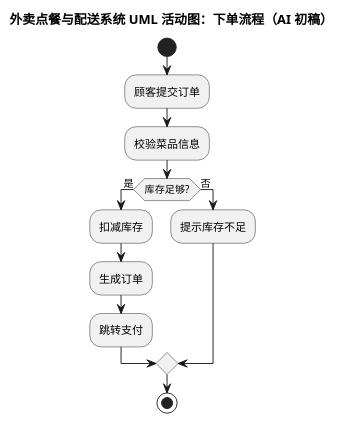
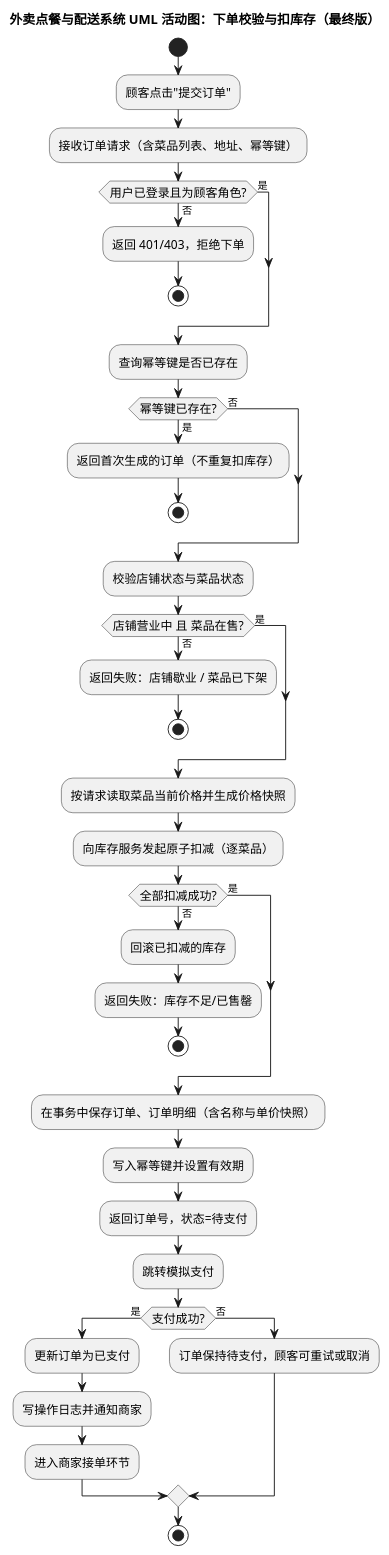
One commit to JZCTX/SEpa2026 changed the diagram in 实验2/UML/UML活动图.puml. Above: the diagram before and after it, drawn with PlantUML. The commit also changed 26 other files, not shown here.

Commit message:
lab2: 人工审查与修改（补全类图/状态机/异常时序，完成 8 个 UI 与 AI 使用记录）

```diff
--- a/实验2/UML/UML活动图.puml
+++ b/实验2/UML/UML活动图.puml
@@ -1,20 +1,59 @@
 @startuml
 skinparam defaultFontName "Microsoft YaHei"
 skinparam backgroundColor #FFFFFF
 skinparam shadowing false
+skinparam activityFontSize 13
+skinparam ArrowFontSize 11
 
-title 外卖点餐与配送系统 UML 活动图：下单流程（AI 初稿）
+title 外卖点餐与配送系统 UML 活动图：下单校验与扣库存（最终版）
 
 start
-:顾客提交订单;
-:校验菜品信息;
-if (库存足够?) then (是)
-  :扣减库存;
-  :生成订单;
-  :跳转支付;
+:顾客点击"提交订单";
+:接收订单请求（含菜品列表、地址、幂等键）;
+
+if (用户已登录且为顾客角色?) then (否)
+  :返回 401/403，拒绝下单;
+  stop
+else (是)
+endif
+
+:查询幂等键是否已存在;
+
+if (幂等键已存在?) then (是)
+  :返回首次生成的订单（不重复扣库存）;
+  stop
 else (否)
-  :提示库存不足;
+endif
+
+:校验店铺状态与菜品状态;
+if (店铺营业中 且 菜品在售?) then (否)
+  :返回失败：店铺歇业 / 菜品已下架;
+  stop
+else (是)
+endif
+
+:按请求读取菜品当前价格并生成价格快照;
+:向库存服务发起原子扣减（逐菜品）;
+
+if (全部扣减成功?) then (否)
+  :回滚已扣减的库存;
+  :返回失败：库存不足/已售罄;
+  stop
+else (是)
+endif
+
+:在事务中保存订单、订单明细（含名称与单价快照）;
+:写入幂等键并设置有效期;
+:返回订单号，状态=待支付;
+:跳转模拟支付;
+
+if (支付成功?) then (是)
+  :更新订单为已支付;
+  :写操作日志并通知商家;
+  :进入商家接单环节;
+else (否)
+  :订单保持待支付，顾客可重试或取消;
 endif
 stop
 
 @enduml
```
